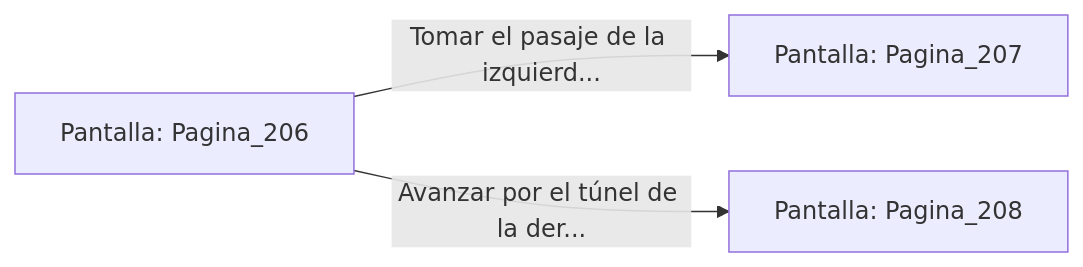
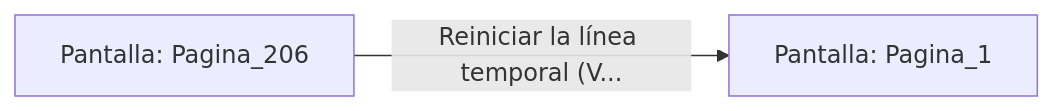
The diagram in sample/eligejuego-vault/Pantalla_Pagina_206.md (metsuke/mpl), drawn with Mermaid before and after one commit. The commit also changed other lines of this file and 635 other files, not shown here.

First line of the commit message:
fix: añadir Pagina_1 como pantalla inicial en capitulo_01.mpl

````diff
--- a/sample/eligejuego-vault/Pantalla_Pagina_206.md
+++ b/sample/eligejuego-vault/Pantalla_Pagina_206.md
@@ -20,6 +17,5 @@
 ```mermaid
 graph LR
     P_Pagina_206["Pantalla: Pagina_206"]
-    P_Pagina_206 -->|"Tomar el pasaje de la izquierd..."| P_Pagina_207["Pantalla: Pagina_207"]
-    P_Pagina_206 -->|"Avanzar por el túnel de la der..."| P_Pagina_208["Pantalla: Pagina_208"]
+    P_Pagina_206 -->|"Reiniciar la línea temporal (V..."| P_Pagina_1["Pantalla: Pagina_1"]
 ```
````
